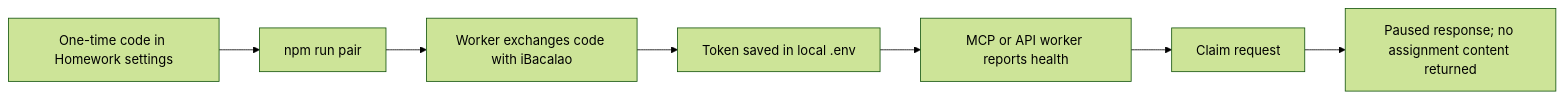
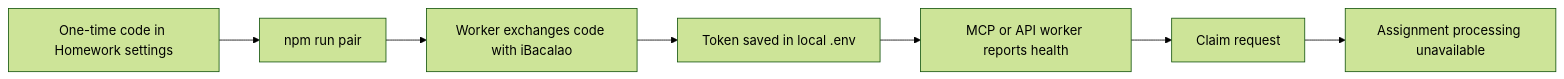
The diagram in README.md (vibecode-king/ibacalao-homework-automation), drawn with Mermaid (forest theme) before and after one commit. The commit also changed other lines of this file and 1 other file, not shown here.

Commit message:
docs(readme): simplify assignment status

````diff
--- a/README.md
+++ b/README.md
@@ -118,9 +118,9 @@
 ```mermaid
 flowchart LR
     C[One-time code in Homework settings] --> P[npm run pair]
     P --> X[Worker exchanges code with iBacalao]
     X --> E[Token saved in local .env]
     E --> W[MCP or API worker reports health]
     W --> Q[Claim request]
-    Q --> R[Paused response; no assignment content returned]
+    Q --> R[Assignment processing unavailable]
 ```
````
